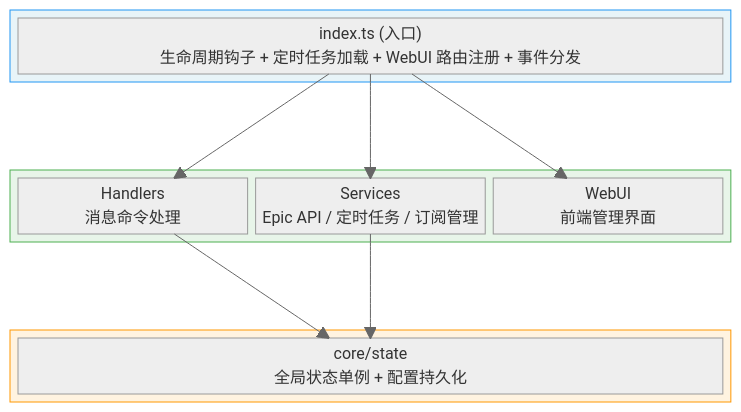
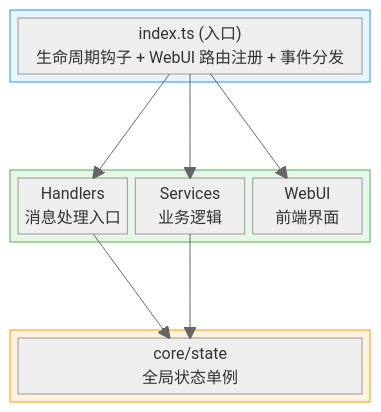
One commit to AQiaoYo/napcat-plugin-epic-free changed the first of 2 diagrams in .github/copilot-instructions.md. Above: the diagram before and after it, drawn with Mermaid (neutral theme). The commit also changed other lines of this file and 13 other files, not shown here.

````diff
--- a/.github/copilot-instructions.md
+++ b/.github/copilot-instructions.md
@@ -43,33 +19,33 @@
 ```mermaid
 block-beta
     columns 3
 
     block:entry:3
-        A["index.ts (入口)\n生命周期钩子 + 定时任务加载 + WebUI 路由注册 + 事件分发"]
+        A["index.ts (入口)\n生命周期钩子 + WebUI 路由注册 + 事件分发"]
     end
 
     space:3
 
     block:middle:3
         columns 3
-        B["Handlers\n消息命令处理"]
-        C["Services\nEpic API / 定时任务 / 订阅管理"]
-        D["WebUI\n前端管理界面"]
+        B["Handlers\n消息处理入口"]
+        C["Services\n业务逻辑"]
+        D["WebUI\n前端界面"]
     end
 
     space:3
 
     block:state:3
-        E["core/state\n全局状态单例 + 配置持久化"]
+        E["core/state\n全局状态单例"]
     end
 
     A --> B
     A --> C
     A --> D
     B --> E
     C --> E
 
     style entry fill:#e8f4f8,stroke:#2196F3
     style middle fill:#e8f5e9,stroke:#4CAF50
     style state fill:#fff3e0,stroke:#FF9800
 ```
````
